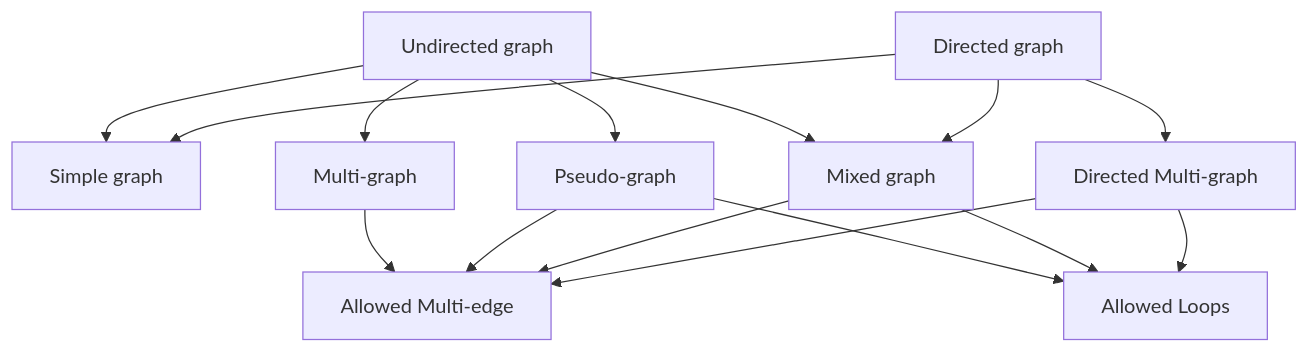
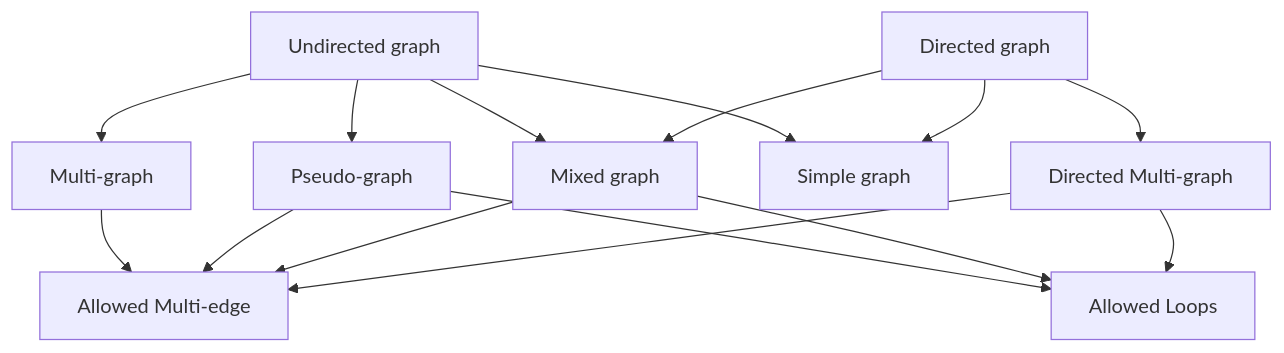
The diagram in ch07-graph/Chapter07-Sumarize.md (Phong004/MAD101), drawn with Mermaid before and after one commit. The commit also changed other lines of this file, not shown here.

````diff
--- a/ch07-graph/Chapter07-Sumarize.md
+++ b/ch07-graph/Chapter07-Sumarize.md
@@ -2,17 +2,17 @@
 ```mermaid
 graph TD
-    A[Undirected graph] --> C[Simple graph]
     A[Undirected graph] --> D[Multi-graph]
     D[Multi-graph] --> G[Allowed Multi-edge]
     A[Undirected graph] --> E[Pseudo-graph]
     E[Pseudo-graph] --> G[Allowed Multi-edge]
     E[Pseudo-graph] --> H[Allowed Loops]
     A[Undirected graph] --> F[Mixed graph]
+    A[Undirected graph] --> C[Simple graph]
     F[Mixed graph] --> G[Allowed Multi-edge]
     F[Mixed graph] --> H[Allowed Loops]
     B[Directed graph] --> C[Simple graph]
     B[Directed graph] --> I[Directed Multi-graph]
     I[Directed Multi-graph] --> G[Allowed Multi-edge]
     I[Directed Multi-graph] --> H[Allowed Loops]
     B[Directed graph] --> F[Mixed graph]
 ```
````
